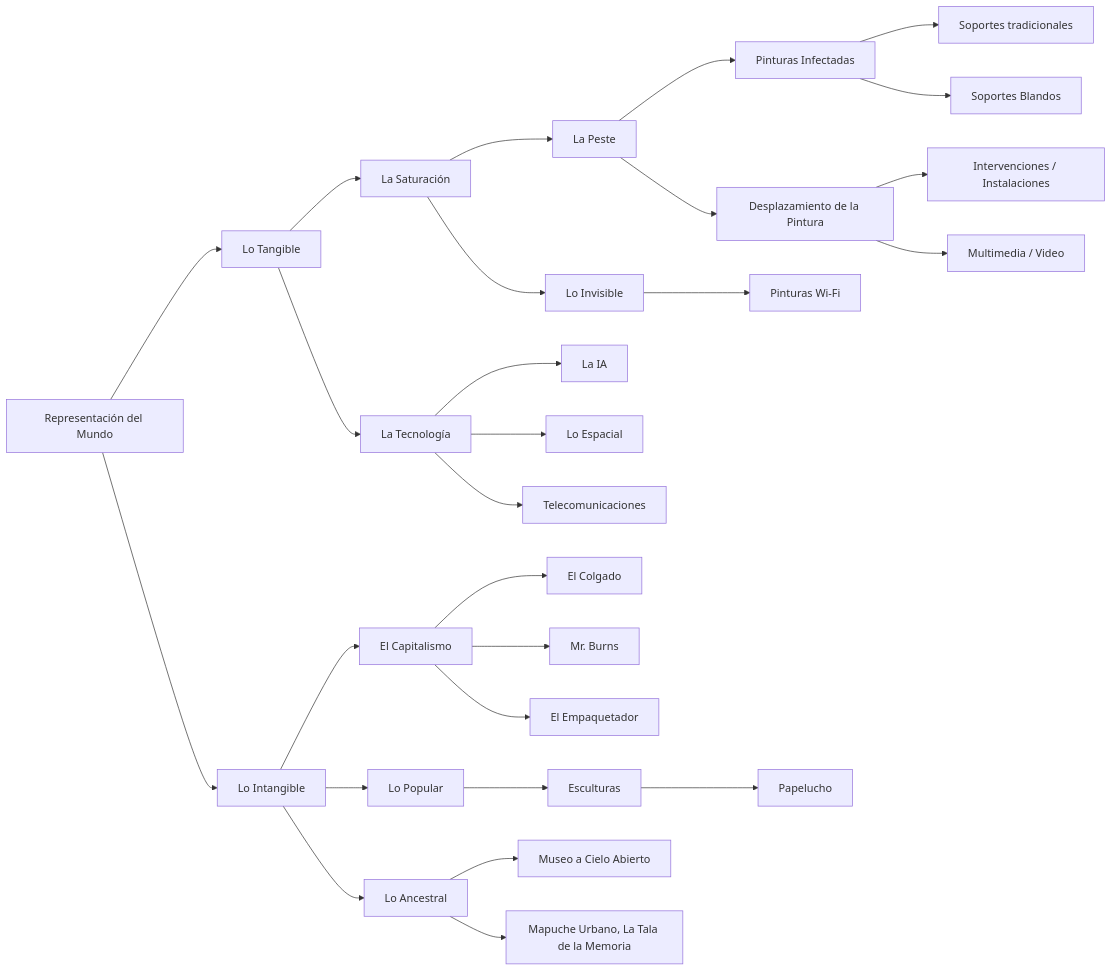
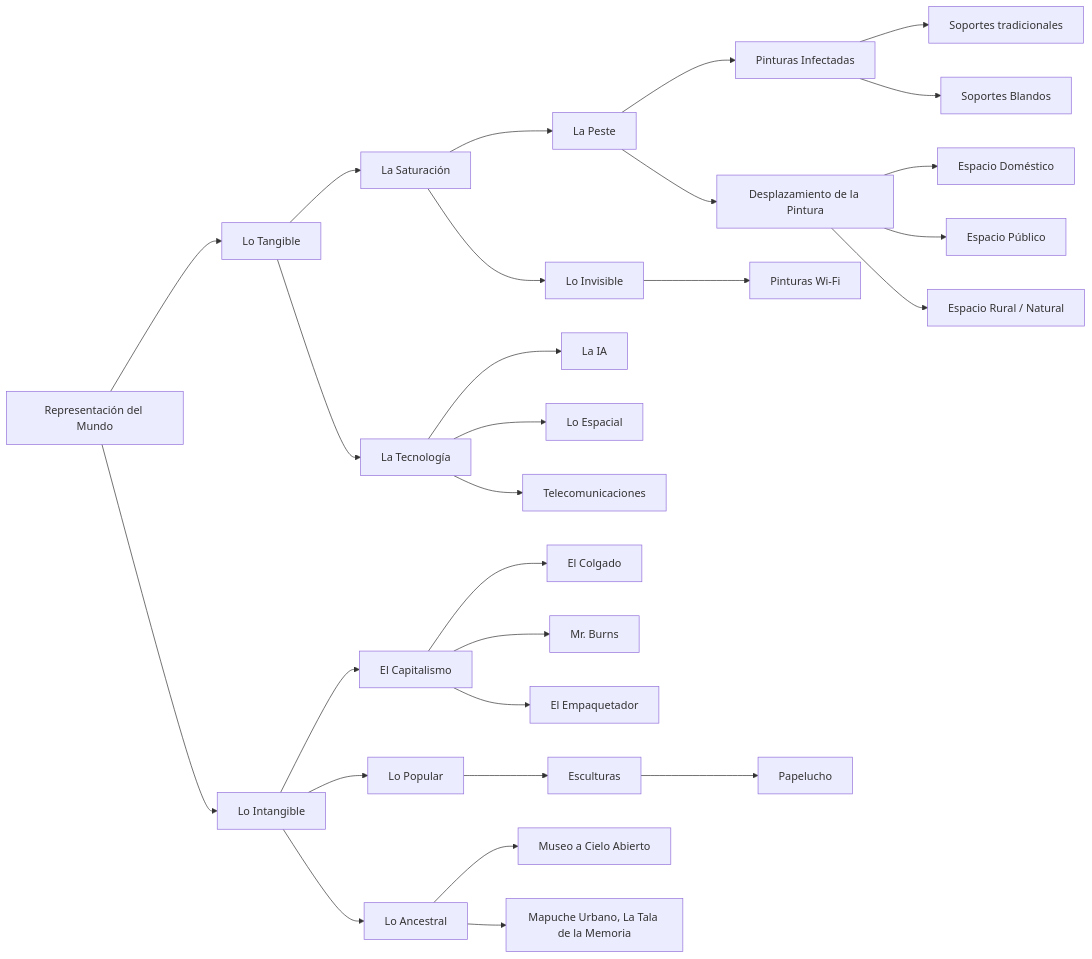
Before and after one commit to EGGS-Artesvisuales/EGGS-Artesvisuales.github.io: the first of 3 diagrams in ES/diagrama.md, drawn with Mermaid. The commit also changed other lines of this file, not shown here.

```diff
--- a/ES/diagrama.md
+++ b/ES/diagrama.md
@@ -25,65 +25,68 @@
 <div class="mermaid">
 graph LR
   A[Representación del Mundo] --> A1[Lo Tangible]
   A --> A2[Lo Intangible]
 
   A1 --> A1a[La Saturación]
   A1a --> A1a1[La Peste]
   A1a1 --> A1a1a[Pinturas Infectadas]
   A1a1a --> A1a1a1[Soportes tradicionales]
   A1a1a --> A1a1a2[Soportes Blandos]
 
   A1a1 --> A1a1b[Desplazamiento de la Pintura]
-  A1a1b --> A1a1b1[Intervenciones / Instalaciones]
-  A1a1b --> A1a1b2[Multimedia / Video]
+  %% Hijos de Desplazamiento de la Pintura
+  A1a1b --> A1a1b1[Espacio Doméstico]
+  A1a1b --> A1a1b2[Espacio Público]
+  A1a1b --> A1a1b3[Espacio Rural / Natural]
 
   A1a --> A1a2[Lo Invisible]
-  A1a2 --> A1a2a[Pinturas Wi-Fi]
+  A1a2 --> A1a2a[Pinturas Wi‑Fi]
 
   A1 --> A1b[La Tecnología]
   A1b --> A1b1[La IA]
   A1b --> A1b2[Lo Espacial]
   A1b --> A1b3[Telecomunicaciones]
 
   A2 --> A2a[El Capitalismo]
   A2a --> A2a1[El Colgado]
   A2a --> A2a2[Mr. Burns]
   A2a --> A2a3[El Empaquetador]
 
   A2 --> A2b[Lo Popular]
   A2b --> A2b1[Esculturas]
   A2b1 --> A2b1a[Papelucho]
 
   A2 --> A2c[Lo Ancestral]
   A2c --> A2c1[Museo a Cielo Abierto]
   A2c --> A2c2[Mapuche Urbano, La Tala de la Memoria]
 
   %% Enlaces
   click A "mundo-exterior.html" "Ir a Representación del Mundo"
   click A1 "tangible.html" "Ir a Lo Tangible"
   click A1a "saturacion.html" "Ir a La Saturación"
   click A1a1 "la-peste.html" "Ir a La Peste"
   click A1a1a "peste-pinturas-infectadas.html" "Ir a Pinturas infectadas"
   click A1a1a1 "peste-pinturas-infectadas.html#soportes-tradicionales" "Ir a Pinturas Infectadas: soportes tradicionales"
   click A1a1a2 "peste-pinturas-infectadas.html#soportes-blandos" "Ir a Soportes Blandos"
   click A1a1b "desplazamiento-pintura.html" "Ir a Desplazamiento de la Pintura"
-  click A1a1b1 "intervenciones-instalaciones.html" "Ir a Intervenciones/Instalaciones"
-  click A1a1b2 "multimedia-video.html" "Ir a Multimedia/Video"
+  click A1a1b1 "espacio-domestico.html" "Ir a Espacio Doméstico"
+  click A1a1b2 "espacio-publico.html" "Ir a Espacio Público"
+  click A1a1b3 "espacio-rural.html" "Ir a Espacio Rural / Natural"
   click A1a2 "lo-invisible.html" "Ir a Lo Invisible"
-  click A1a2a "pinturas-wifi.html" "Ir a Pinturas Wi-Fi"
+  click A1a2a "pinturas-wifi.html" "Ir a Pinturas Wi‑Fi"
   click A1b "la-tecnologia.html" "Ir a La Tecnología"
   click A1b1 "la-ia.html" "Ir a La IA"
   click A1b2 "lo-espacial.html" "Ir a Lo Espacial"
   click A1b3 "telecomunicaciones.html" "Ir a Telecomunicaciones"
   click A2 "intangible.html" "Ir a Lo Intangible"
   click A2a "el-capitalismo.html" "Ir a El Capitalismo"
   click A2a1 "el-colgado.html" "Ir a El Colgado"
   click A2a2 "mr-burns.html" "Ir a Mr. Burns"
   click A2a3 "el-empaquetador.html" "Ir a El Empaquetador"
   click A2b "lo-popular.html" "Ir a Lo Popular"
   click A2b1 "esculturas.html" "Ir a Esculturas"
   click A2b1a "papelucho.html" "Ir a Papelucho"
   click A2c "lo-ancestral.html" "Ir a Lo Ancestral"
   click A2c1 "museo-a-cielo-abierto.html" "Ir a Museo a Cielo Abierto"
   click A2c2 "mapuche-urbano.html" "Ir a Mapuche Urbano"
 </div>
```
